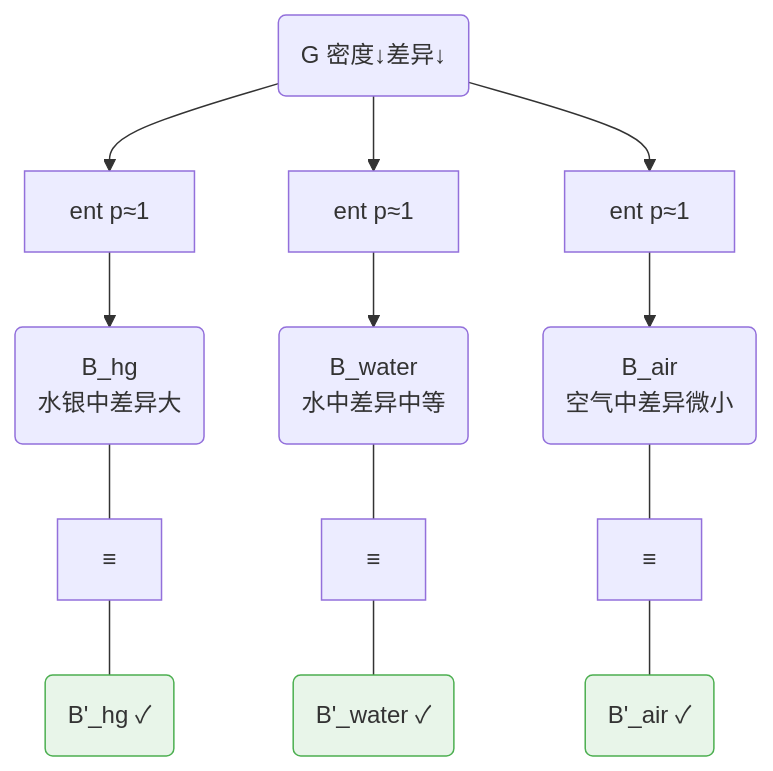
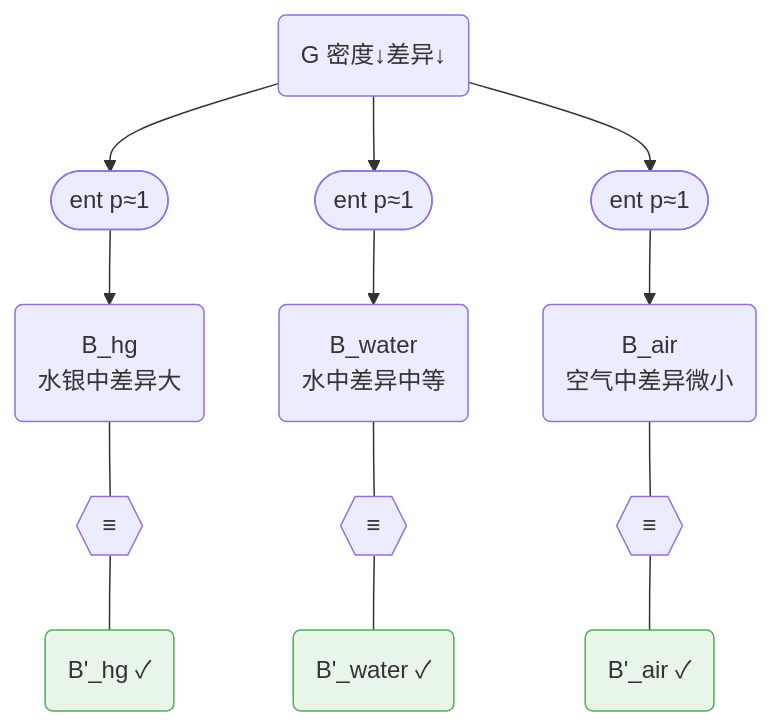
The seventh of 10 diagrams in docs/foundations/theory/science-formalization.md (SiliconEinstein/Gaia), drawn with Mermaid before and after one commit. The commit also changed other lines of this file, not shown here.

First line of the commit message:
docs: unify Mermaid shape conventions — stadium factors, hexagon bindings

````diff
--- a/docs/foundations/theory/science-formalization.md
+++ b/docs/foundations/theory/science-formalization.md
@@ -324,11 +324,11 @@
 ```mermaid
 graph TD
-    G("G 密度↓差异↓") --> f1["ent p≈1"] --> Bhg("B_hg<br/>水银中差异大")
-    G --> f2["ent p≈1"] --> Bw("B_water<br/>水中差异中等")
-    G --> f3["ent p≈1"] --> Ba("B_air<br/>空气中差异微小")
-    Bhg --- eq1["≡"] --- Bphg("B'_hg ✓"):::obs
-    Bw --- eq2["≡"] --- Bpw("B'_water ✓"):::obs
-    Ba --- eq3["≡"] --- Bpa("B'_air ✓"):::obs
+    G("G 密度↓差异↓") --> f1(["ent p≈1"]) --> Bhg("B_hg<br/>水银中差异大")
+    G --> f2(["ent p≈1"]) --> Bw("B_water<br/>水中差异中等")
+    G --> f3(["ent p≈1"]) --> Ba("B_air<br/>空气中差异微小")
+    Bhg --- eq1{{"≡"}} --- Bphg("B'_hg ✓"):::obs
+    Bw --- eq2{{"≡"}} --- Bpw("B'_water ✓"):::obs
+    Ba --- eq3{{"≡"}} --- Bpa("B'_air ✓"):::obs
 
     classDef obs fill:#e8f5e9,stroke:#4caf50
 ```
````
